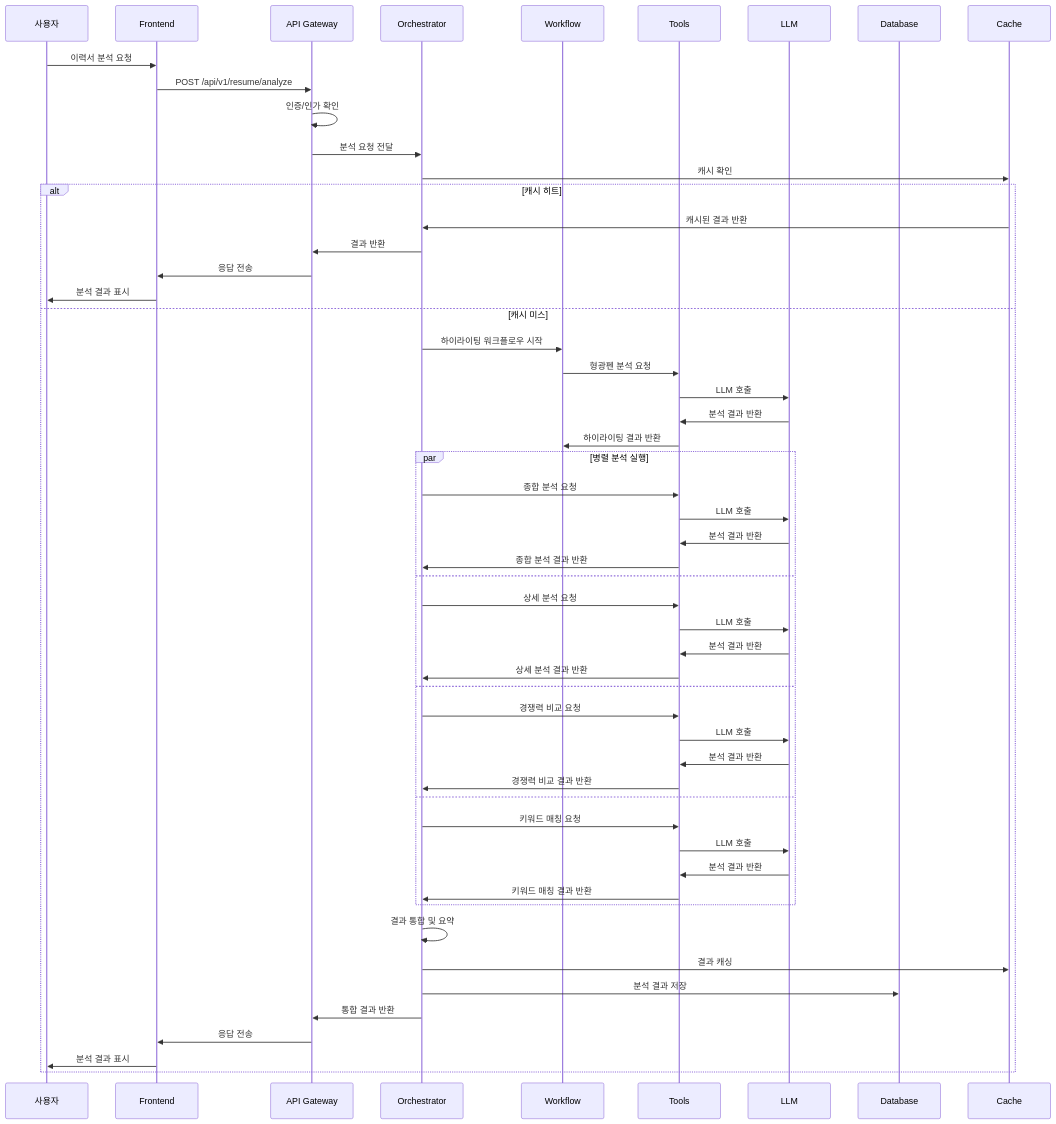
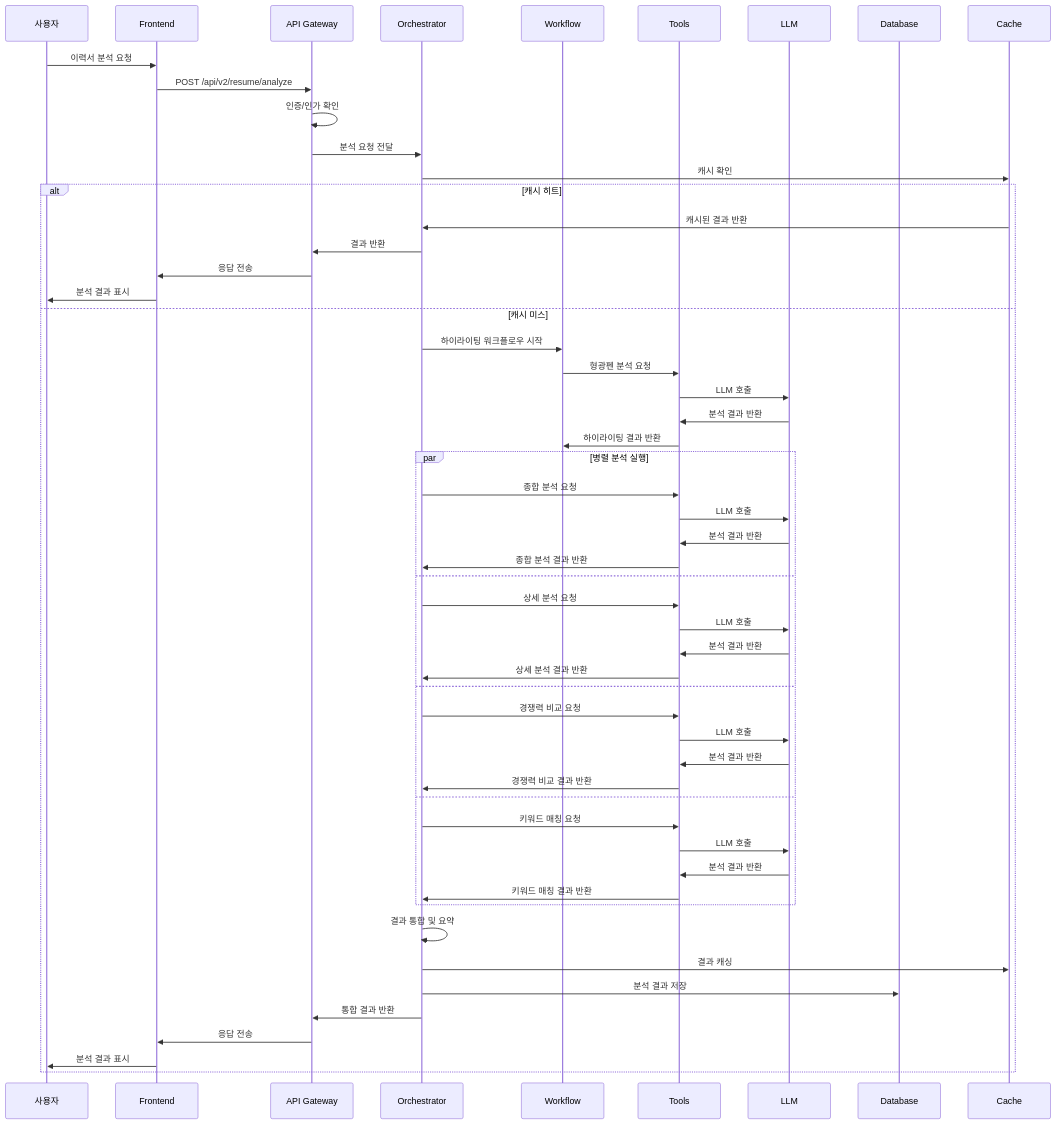
The second of 5 diagrams in docs/diagrams/architecture/orchestrator-architecture.md (ttogle918/KOCRUIT), drawn with Mermaid before and after one commit. The commit also changed 84 other files, not shown here.

Commit message:
refactor: Migrate to v2 architecture, fix import paths, and prepare for DB normalization

````diff
--- a/docs/diagrams/architecture/orchestrator-architecture.md
+++ b/docs/diagrams/architecture/orchestrator-architecture.md
@@ -119,60 +119,60 @@
 ```mermaid
 sequenceDiagram
     participant U as 사용자
     participant F as Frontend
     participant A as API Gateway
     participant O as Orchestrator
     participant W as Workflow
     participant T as Tools
     participant L as LLM
     participant D as Database
     participant C as Cache
 
     U->>F: 이력서 분석 요청
-    F->>A: POST /api/v1/resume/analyze
+    F->>A: POST /api/v2/resume/analyze
     A->>A: 인증/인가 확인
     A->>O: 분석 요청 전달
     
     O->>C: 캐시 확인
     alt 캐시 히트
         C->>O: 캐시된 결과 반환
         O->>A: 결과 반환
         A->>F: 응답 전송
         F->>U: 분석 결과 표시
     else 캐시 미스
         O->>W: 하이라이팅 워크플로우 시작
         W->>T: 형광펜 분석 요청
         T->>L: LLM 호출
         L->>T: 분석 결과 반환
         T->>W: 하이라이팅 결과 반환
         
         par 병렬 분석 실행
             O->>T: 종합 분석 요청
             T->>L: LLM 호출
             L->>T: 분석 결과 반환
             T->>O: 종합 분석 결과 반환
         and
             O->>T: 상세 분석 요청
             T->>L: LLM 호출
             L->>T: 분석 결과 반환
             T->>O: 상세 분석 결과 반환
         and
             O->>T: 경쟁력 비교 요청
             T->>L: LLM 호출
             L->>T: 분석 결과 반환
             T->>O: 경쟁력 비교 결과 반환
         and
             O->>T: 키워드 매칭 요청
             T->>L: LLM 호출
             L->>T: 분석 결과 반환
             T->>O: 키워드 매칭 결과 반환
         end
         
         O->>O: 결과 통합 및 요약
         O->>C: 결과 캐싱
         O->>D: 분석 결과 저장
         O->>A: 통합 결과 반환
         A->>F: 응답 전송
         F->>U: 분석 결과 표시
     end
 ```
````
